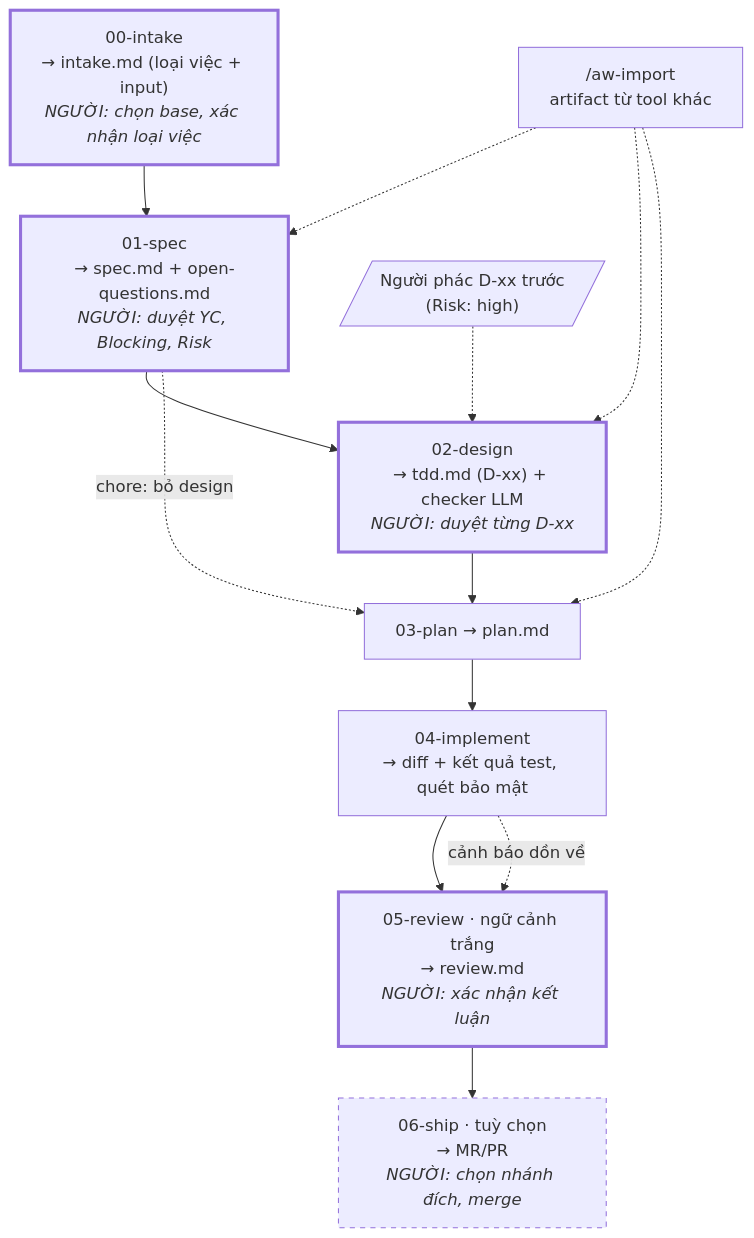
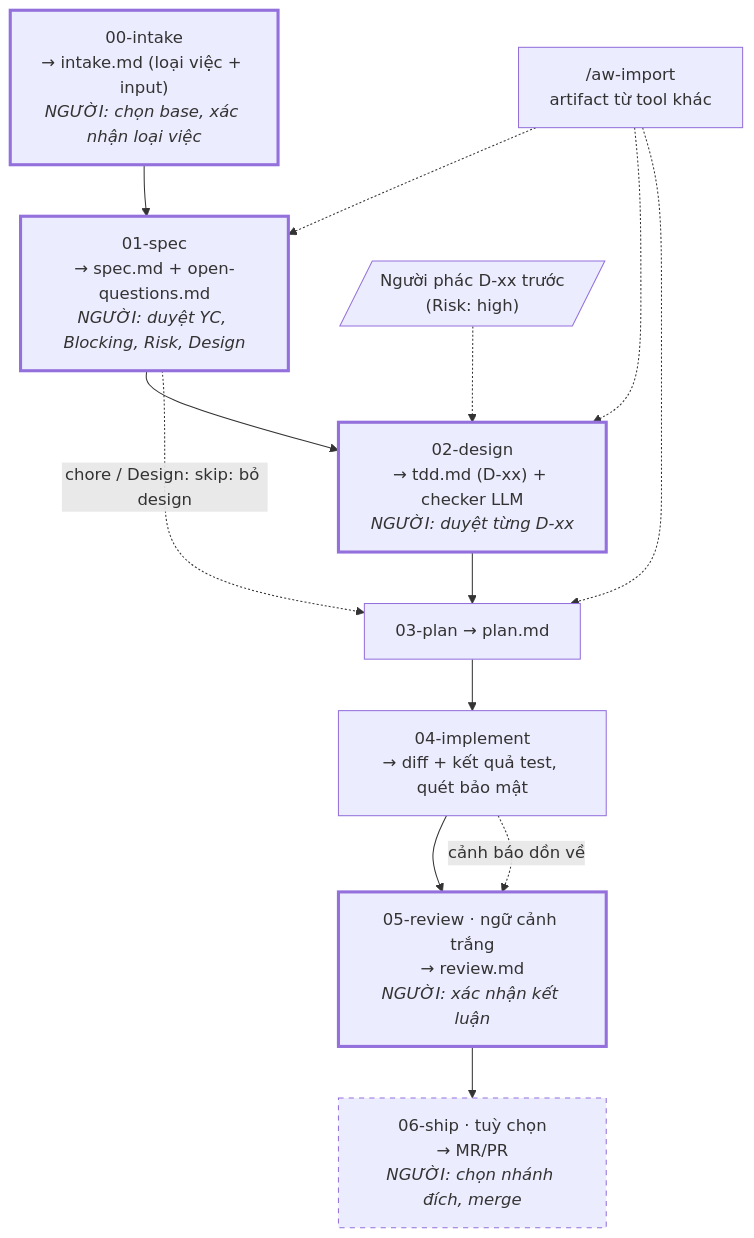
Before and after one commit to dangminhphuc/agent-workflow: the diagram in README.md, drawn with Mermaid. The commit also changed other lines of this file and 22 other files, not shown here.

First line of the commit message:
feat: bugfix/refactor nhỏ bỏ được phase design (Design: skip), thêm bảng thuật ngữ

````diff
--- a/README.md
+++ b/README.md
@@ -42,25 +43,25 @@
 ```mermaid
 flowchart TD
     INTAKE["00-intake<br/>→ intake.md (loại việc + input)<br/><i>NGƯỜI: chọn base, xác nhận loại việc</i>"]
-    SPEC["01-spec<br/>→ spec.md + open-questions.md<br/><i>NGƯỜI: duyệt YC, Blocking, Risk</i>"]
+    SPEC["01-spec<br/>→ spec.md + open-questions.md<br/><i>NGƯỜI: duyệt YC, Blocking, Risk, Design</i>"]
     PHAC[/"Người phác D-xx trước<br/>(Risk: high)"/]
     DESIGN["02-design<br/>→ tdd.md (D-xx) + checker LLM<br/><i>NGƯỜI: duyệt từng D-xx</i>"]
     PLAN["03-plan → plan.md"]
     IMPL["04-implement<br/>→ diff + kết quả test, quét bảo mật"]
     REVIEW["05-review · ngữ cảnh trắng<br/>→ review.md<br/><i>NGƯỜI: xác nhận kết luận</i>"]
     SHIP["06-ship · tuỳ chọn<br/>→ MR/PR<br/><i>NGƯỜI: chọn nhánh đích, merge</i>"]
     IMPORT["/aw-import<br/>artifact từ tool khác"]
 
     INTAKE --> SPEC --> DESIGN --> PLAN --> IMPL --> REVIEW --> SHIP
     PHAC -.-> DESIGN
-    SPEC -. "chore: bỏ design" .-> PLAN
+    SPEC -. "chore / Design: skip: bỏ design" .-> PLAN
     IMPL -. "cảnh báo dồn về" .-> REVIEW
     IMPORT -.-> SPEC
     IMPORT -.-> DESIGN
     IMPORT -.-> PLAN
 
     classDef nguoi stroke-width:3px
     classDef tuychon stroke-dasharray:5 5
     class INTAKE,SPEC,DESIGN,REVIEW nguoi
     class SHIP tuychon
 ```
````
